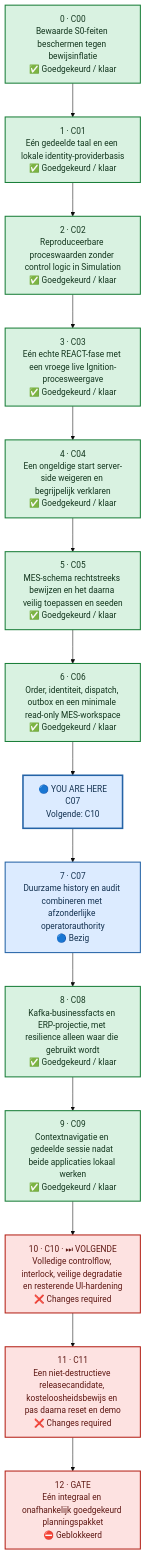
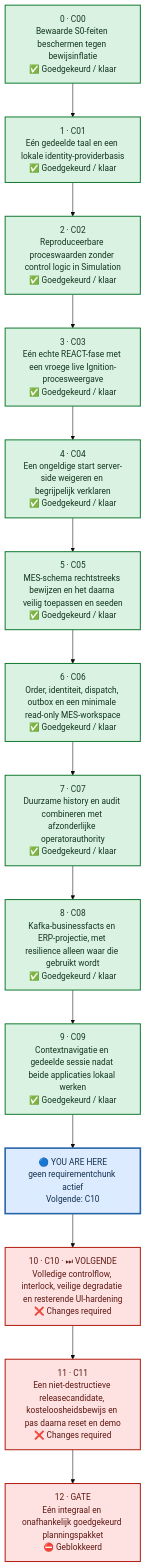
Before and after one commit to Jandesch91/n1-bioforge-requirements-cockpit: the diagram in chunks.mmd, drawn with Mermaid (base theme). The commit also changed 4 other files, not shown here.

```diff
--- a/chunks.mmd
+++ b/chunks.mmd
@@ -1,39 +1,39 @@
 %%{init: {"flowchart": {"curve": "linear", "nodeSpacing": 55, "rankSpacing": 65, "htmlLabels": true}}}%%
 flowchart TB
     %% One vertical lane: order is explicit and no dependency arrows cross.
     chunk_0["0 · C00<br/>Bewaarde S0-feiten beschermen tegen bewijsinflatie<br/>✅ Goedgekeurd / klaar"]
     chunk_1["1 · C01<br/>Eén gedeelde taal en een lokale identity-providerbasis<br/>✅ Goedgekeurd / klaar"]
     chunk_2["2 · C02<br/>Reproduceerbare proceswaarden zonder control logic in Simulation<br/>✅ Goedgekeurd / klaar"]
     chunk_3["3 · C03<br/>Eén echte REACT-fase met een vroege live Ignition-procesweergave<br/>✅ Goedgekeurd / klaar"]
     chunk_4["4 · C04<br/>Een ongeldige start server-side weigeren en begrijpelijk verklaren<br/>✅ Goedgekeurd / klaar"]
     chunk_5["5 · C05<br/>MES-schema rechtstreeks bewijzen en het daarna veilig toepassen en seeden<br/>✅ Goedgekeurd / klaar"]
     chunk_6["6 · C06<br/>Order, identiteit, dispatch, outbox en een minimale read-only MES-workspace<br/>✅ Goedgekeurd / klaar"]
-    chunk_7["7 · C07<br/>Duurzame history en audit combineren met afzonderlijke operatorauthority<br/>🔵 Bezig"]
+    chunk_7["7 · C07<br/>Duurzame history en audit combineren met afzonderlijke operatorauthority<br/>✅ Goedgekeurd / klaar"]
     chunk_8["8 · C08<br/>Kafka-businessfacts en ERP-projectie, met resilience alleen waar die gebruikt wordt<br/>✅ Goedgekeurd / klaar"]
     chunk_9["9 · C09<br/>Contextnavigatie en gedeelde sessie nadat beide applicaties lokaal werken<br/>✅ Goedgekeurd / klaar"]
     chunk_10["10 · C10 · ⏭ VOLGENDE<br/>Volledige controlflow, interlock, veilige degradatie en resterende UI-hardening<br/>❌ Changes required"]
     chunk_11["11 · C11<br/>Een niet-destructieve releasecandidate, kosteloosheidsbewijs en pas daarna reset en demo<br/>❌ Changes required"]
     chunk_12["12 · GATE<br/>Eén integraal en onafhankelijk goedgekeurd planningspakket<br/>⛔ Geblokkeerd"]
-    current_marker["🔵 YOU ARE HERE<br/>C07<br/>Volgende: C10"]
-    chunk_0 --> chunk_1 --> chunk_2 --> chunk_3 --> chunk_4 --> chunk_5 --> chunk_6 --> current_marker --> chunk_7 --> chunk_8 --> chunk_9 --> chunk_10 --> chunk_11 --> chunk_12
+    current_marker["🔵 YOU ARE HERE<br/>geen requirementchunk actief<br/>Volgende: C10"]
+    chunk_0 --> chunk_1 --> chunk_2 --> chunk_3 --> chunk_4 --> chunk_5 --> chunk_6 --> chunk_7 --> chunk_8 --> chunk_9 --> current_marker --> chunk_10 --> chunk_11 --> chunk_12
     classDef approved fill:#D9F2E1,stroke:#1B7F3A,color:#12351D,stroke-width:2px
     classDef inprogress fill:#DCEBFF,stroke:#2463A6,color:#12304F,stroke-width:2px
     classDef human fill:#FFF2BF,stroke:#A66B00,color:#4D3300,stroke-width:2px
     classDef changes fill:#FDE2E1,stroke:#B42318,color:#5D1712,stroke-width:2px
     classDef blocked fill:#FDE2E1,stroke:#B42318,color:#5D1712,stroke-width:2px
     classDef notstarted fill:#F2F4F7,stroke:#667085,color:#344054,stroke-width:2px
     classDef current fill:#DCEBFF,stroke:#2463A6,color:#12304F,stroke-width:3px
     class chunk_0 approved
     class chunk_1 approved
     class chunk_2 approved
     class chunk_3 approved
     class chunk_4 approved
     class chunk_5 approved
     class chunk_6 approved
-    class chunk_7 inprogress
+    class chunk_7 approved
     class chunk_8 approved
     class chunk_9 approved
     class chunk_10 changes
     class chunk_11 changes
     class chunk_12 blocked
     class current_marker current
```
